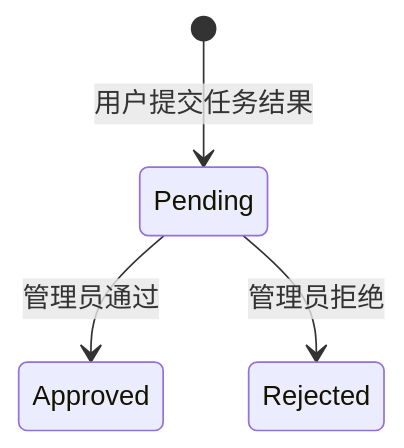
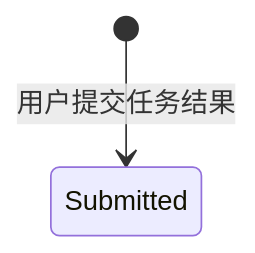
Before and after one commit to OpenMedAILab/openmedailab-platform: the third of 3 diagrams in AGENTS.md, drawn with Mermaid. The commit also changed other lines of this file and 25 other files, not shown here.

````diff
--- a/AGENTS.md
+++ b/AGENTS.md
@@ -348,6 +372,4 @@
 ```mermaid
 stateDiagram-v2
-  [*] --> Pending: 用户提交任务结果
-  Pending --> Approved: 管理员通过
-  Pending --> Rejected: 管理员拒绝
+  [*] --> Submitted: 用户提交任务结果
 ```
````
